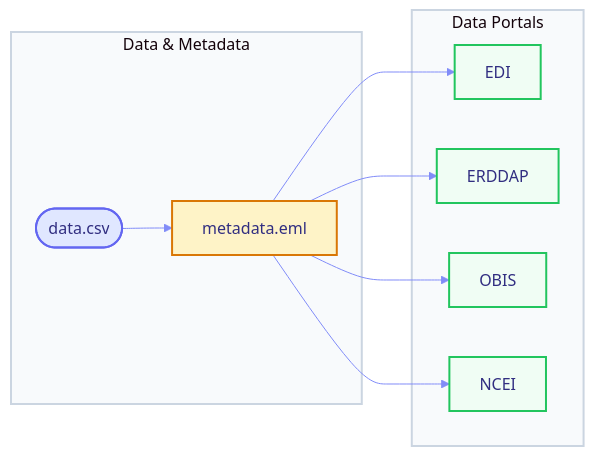
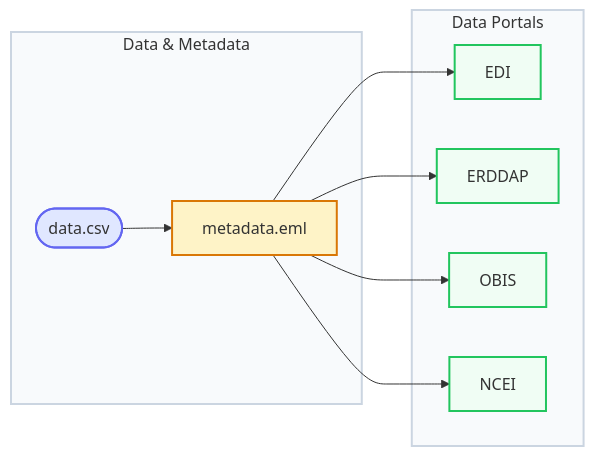
The diagram in diagrams/portals_metadata.mmd (CalCOFI/docs), drawn with Mermaid before and after one commit. The commit also changed 1 other file, not shown here.

Commit message:
drop init theme vars from mmd's for GH-Action

```diff
--- a/diagrams/portals_metadata.mmd
+++ b/diagrams/portals_metadata.mmd
@@ -1,38 +1,27 @@
-%%{init: {
-  'theme': 'base',
-  'themeVariables': {
-    'primaryColor': '#E0E7FF',
-    'primaryTextColor': '#312E81',
-    'primaryBorderColor': '#6366F1',
-    'lineColor': '#818CF8',
-    'secondaryColor': '#FEF3C7',
-    'tertiaryColor': '#ECFDF5'
-  }
-}}%%
 graph LR
     subgraph inputs[Data & Metadata]
         data([data.csv]):::source
         eml[metadata.eml]:::database
     end
 
     subgraph portals[Data Portals]
         edi[EDI]:::portal
         erddap[ERDDAP]:::portal
         obis[OBIS]:::portal
         ncei[NCEI]:::portal
     end
 
     data --> eml
     eml --> edi
     eml --> erddap
     eml --> obis
     eml --> ncei
 
     %% Custom styles
     classDef source fill:#E0E7FF,stroke:#6366F1,stroke-width:2px
     classDef database fill:#FEF3C7,stroke:#D97706,stroke-width:2px
     classDef portal fill:#F0FDF4,stroke:#22C55E,stroke-width:2px
 
     %% Style subgraphs
     style inputs fill:#F8FAFC,stroke:#CBD5E1,stroke-width:2px
     style portals fill:#F8FAFC,stroke:#CBD5E1,stroke-width:2px
```
